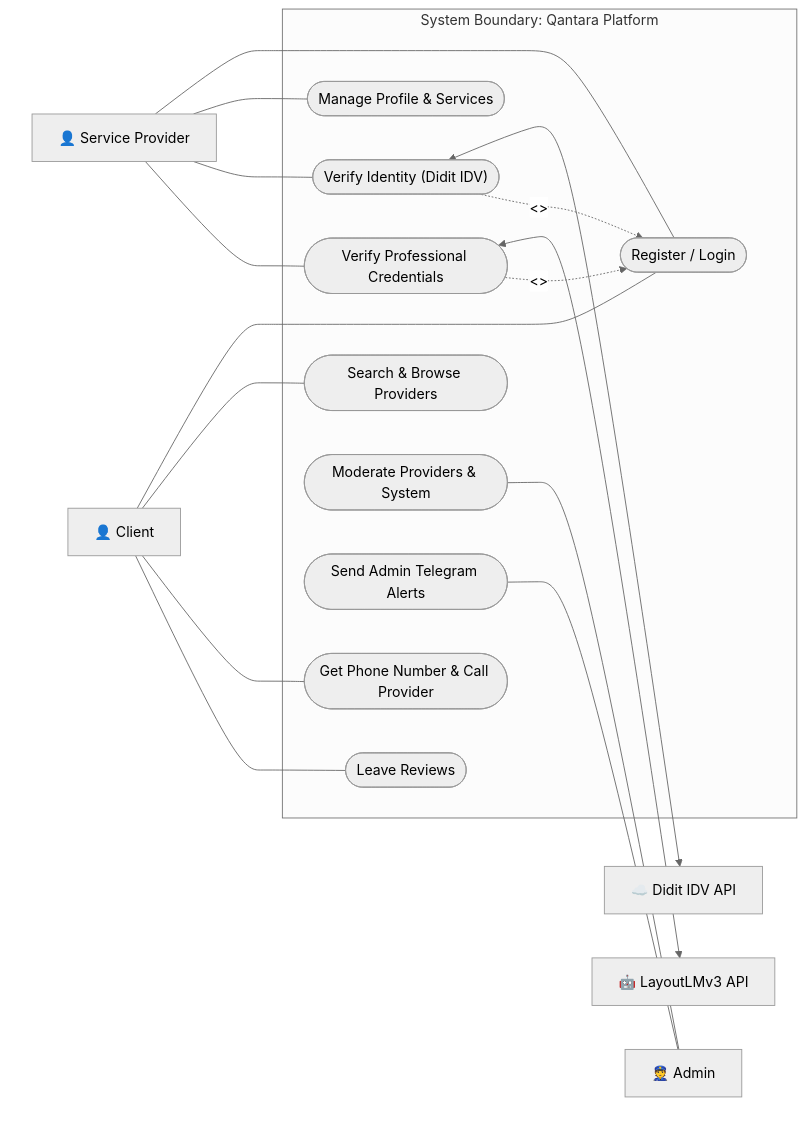
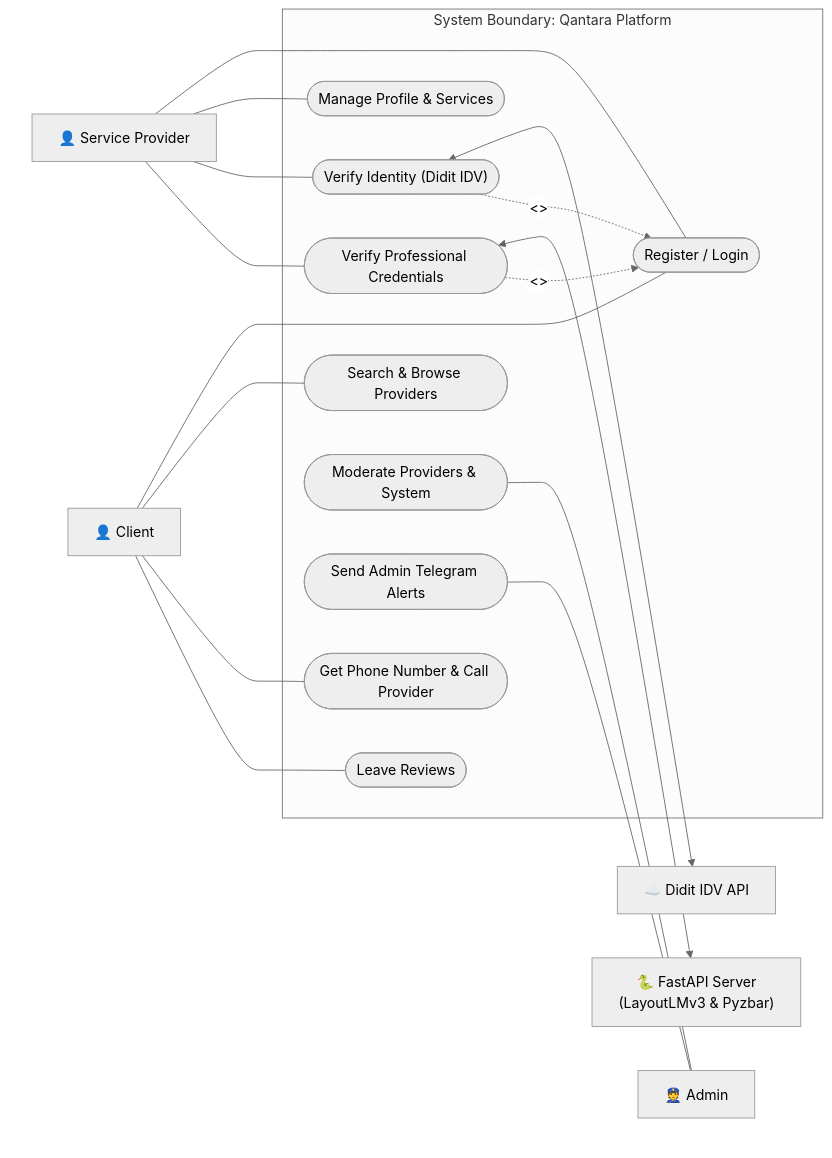
The first of 4 diagrams in uml_diagrams.md (younnesse/qantara_local), drawn with Mermaid (neutral theme) before and after one commit. The commit also changed other lines of this file, not shown here.

Commit message:
docs: update architecture and sequence diagrams to include QR code pathway

````diff
--- a/uml_diagrams.md
+++ b/uml_diagrams.md
@@ -11,53 +11,53 @@
 ```mermaid
 flowchart LR
     %% Actors on the Left
     subgraph LeftActors [" "]
         style LeftActors fill:none,stroke:none
         Provider["👤 Service Provider"]
         Client["👤 Client"]
     end
 
     %% Actors on the Right
     subgraph RightActors [" "]
         style RightActors fill:none,stroke:none
         Admin["👮 Admin"]
         DiditAPI["☁️ Didit IDV API"]
-        LayoutLMAPI["🤖 LayoutLMv3 API"]
+        FastAPIServer["🐍 FastAPI Server<br>(LayoutLMv3 & Pyzbar)"]
     end
 
     %% System Boundary
     subgraph SystemBoundary ["System Boundary: Qantara Platform"]
         UC_Reg(["Register / Login"])
         UC_Profile(["Manage Profile & Services"])
         UC_Identity(["Verify Identity (Didit IDV)"])
         UC_Professional(["Verify Professional Credentials"])
         UC_Search(["Search & Browse Providers"])
         UC_Call(["Get Phone Number & Call Provider"])
         UC_Review(["Leave Reviews"])
         UC_Manage(["Moderate Providers & System"])
         UC_Telegram(["Send Admin Telegram Alerts"])
     end
 
     %% Connections (Left Actors)
     Provider --- UC_Reg
     Provider --- UC_Profile
     Provider --- UC_Identity
     Provider --- UC_Professional
 
     Client --- UC_Reg
     Client --- UC_Search
     Client --- UC_Call
     Client --- UC_Review
 
     %% Connections (Right Actors)
     UC_Manage --- Admin
     UC_Telegram --- Admin
 
     %% External System Connections
     UC_Identity <--> DiditAPI
-    UC_Professional <--> LayoutLMAPI
+    UC_Professional <--> FastAPIServer
 
     %% Use Case Relationships
     UC_Identity -.->|"<<include>>"| UC_Reg
     UC_Professional -.->|"<<include>>"| UC_Reg
 ```
````
